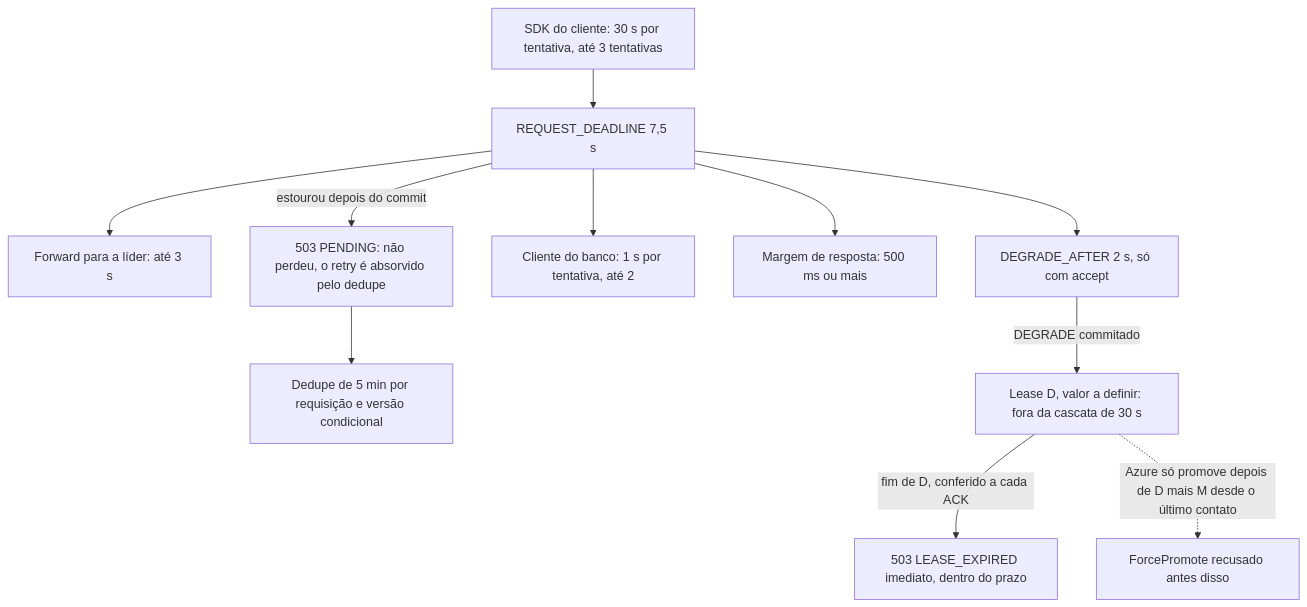
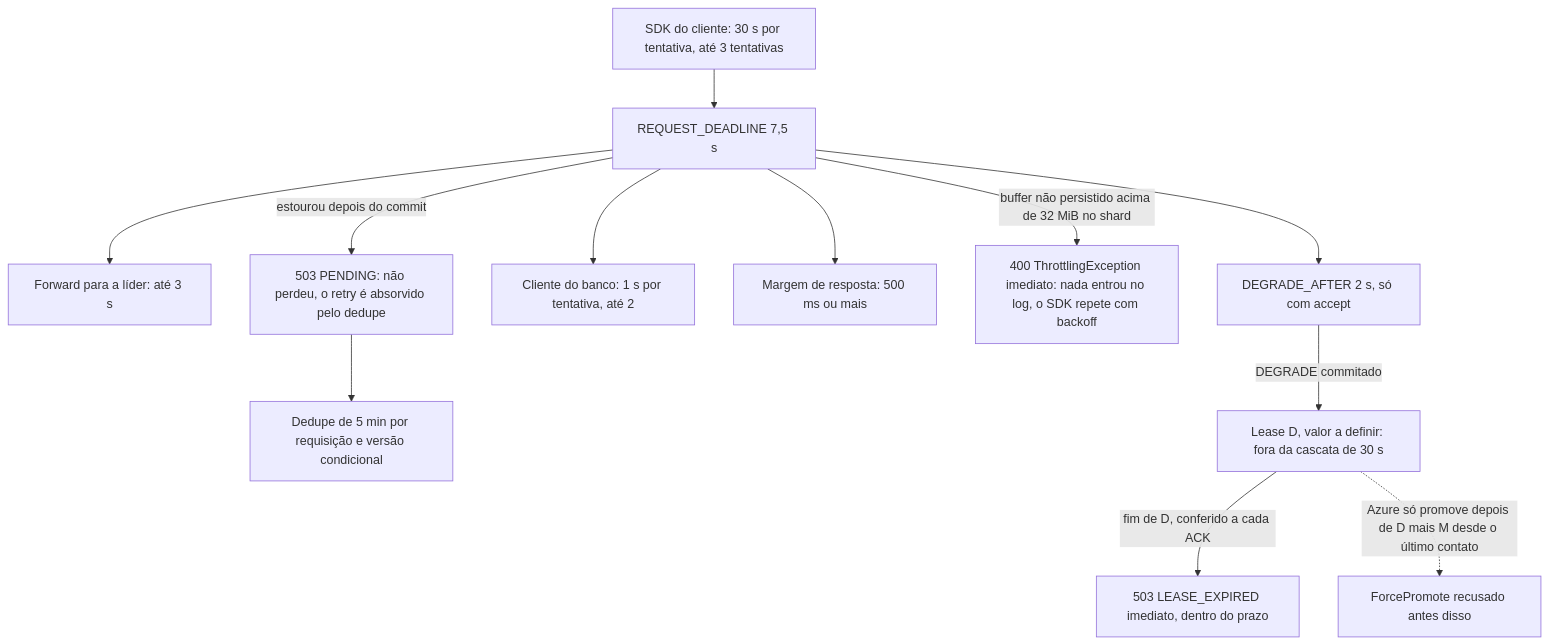
Before and after one commit to brbarmex/k: the diagram in 04_diagramas/D07-prazos-em-cascata.md, drawn with Mermaid. The commit also changed other lines of this file and 158 other files, not shown here.

````diff
--- a/04_diagramas/D07-prazos-em-cascata.md
+++ b/04_diagramas/D07-prazos-em-cascata.md
@@ -9,13 +9,14 @@
 ```mermaid
 flowchart TD
     SDK["SDK do cliente: 30 s por tentativa, até 3 tentativas"] --> API["REQUEST_DEADLINE 7,5 s"]
     API --> FWD["Forward para a líder: até 3 s"]
     API --> DEG["DEGRADE_AFTER 2 s, só com accept"]
     API --> APPLY["Cliente do banco: 1 s por tentativa, até 2"]
     API --> MARGEM["Margem de resposta: 500 ms ou mais"]
+    API -->|"buffer não persistido acima de 32 MiB no shard"| THR["400 ThrottlingException imediato: nada entrou no log, o SDK repete com backoff"]
     API -->|"estourou depois do commit"| PEND["503 PENDING: não perdeu, o retry é absorvido pelo dedupe"]
     PEND --> DD["Dedupe de 5 min por requisição e versão condicional"]
     DEG -->|"DEGRADE commitado"| LEASE["Lease D, valor a definir: fora da cascata de 30 s"]
     LEASE -->|"fim de D, conferido a cada ACK"| LE["503 LEASE_EXPIRED imediato, dentro do prazo"]
     LEASE -.->|"Azure só promove depois de D mais M desde o último contato"| PROM["ForcePromote recusado antes disso"]
 ```
````
